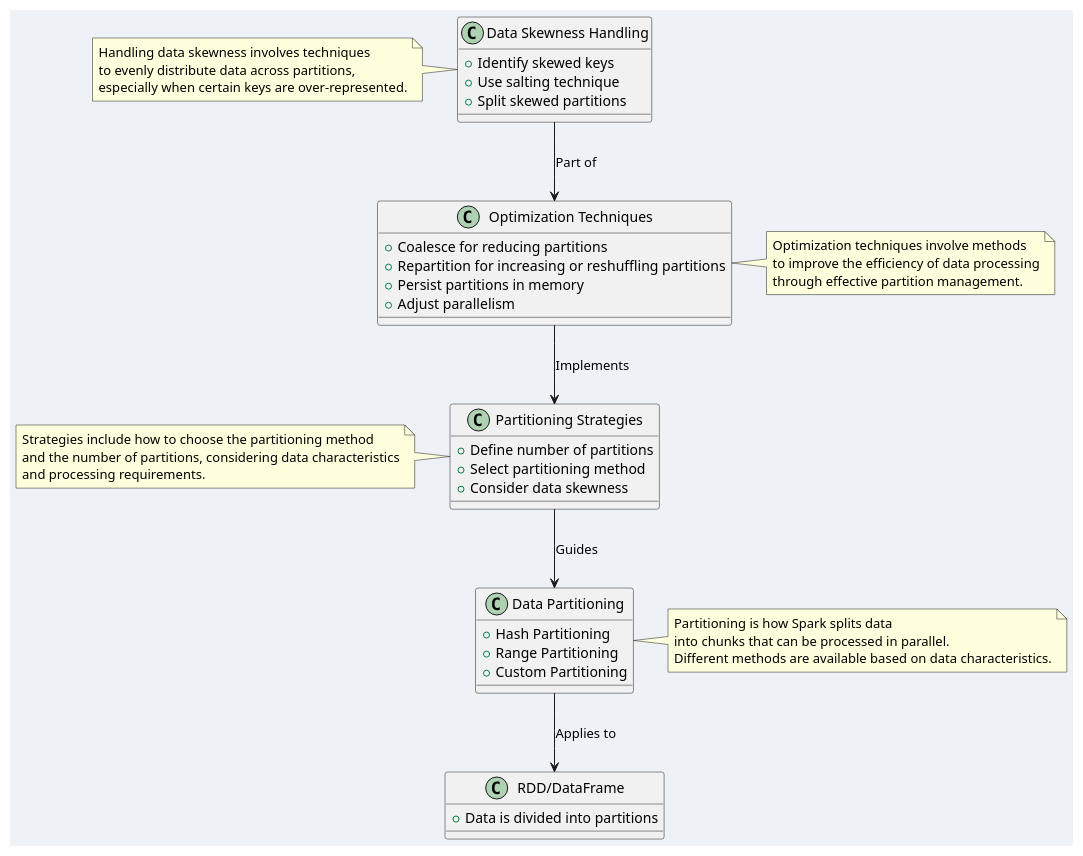
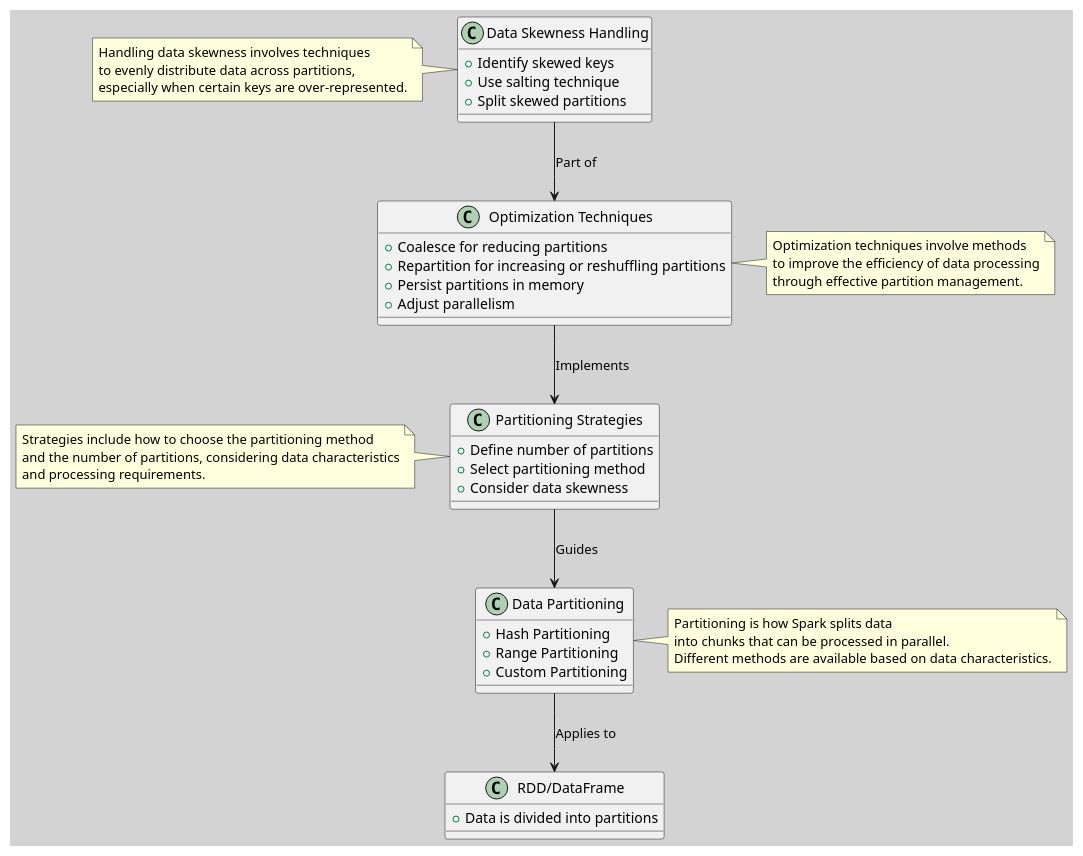
The diagram in architecture_diagrams/spark_data_partitioning_and_optimization_framework.puml (huangyingw/system_design), drawn with PlantUML before and after one commit.

```diff
--- a/architecture_diagrams/spark_data_partitioning_and_optimization_framework.puml
+++ b/architecture_diagrams/spark_data_partitioning_and_optimization_framework.puml
@@ -1,62 +1,62 @@
 @startuml
-skinparam backgroundColor #EEF2F7
+skinparam backgroundColor #D3D3D3
 
 class "Data Partitioning" as Partitioning {
   + Hash Partitioning
   + Range Partitioning
   + Custom Partitioning
 }
 
 class "Partitioning Strategies" as Strategies {
   + Define number of partitions
   + Select partitioning method
   + Consider data skewness
 }
 
 class "Optimization Techniques" as Optimization {
   + Coalesce for reducing partitions
   + Repartition for increasing or reshuffling partitions
   + Persist partitions in memory
   + Adjust parallelism
 }
 
 class "Data Skewness Handling" as Skewness {
   + Identify skewed keys
   + Use salting technique
   + Split skewed partitions
 }
 
 class "RDD/DataFrame" as Data {
   + Data is divided into partitions
 }
 
 Partitioning --> Data : Applies to
 Strategies --> Partitioning : Guides
 Optimization --> Strategies : Implements
 Skewness --> Optimization : Part of
 
 note right of Partitioning
   Partitioning is how Spark splits data
   into chunks that can be processed in parallel.
   Different methods are available based on data characteristics.
 end note
 
 note left of Strategies
   Strategies include how to choose the partitioning method
   and the number of partitions, considering data characteristics
   and processing requirements.
 end note
 
 note right of Optimization
   Optimization techniques involve methods
   to improve the efficiency of data processing
   through effective partition management.
 end note
 
 note left of Skewness
   Handling data skewness involves techniques
   to evenly distribute data across partitions,
   especially when certain keys are over-represented.
 end note
 
 @enduml
```
